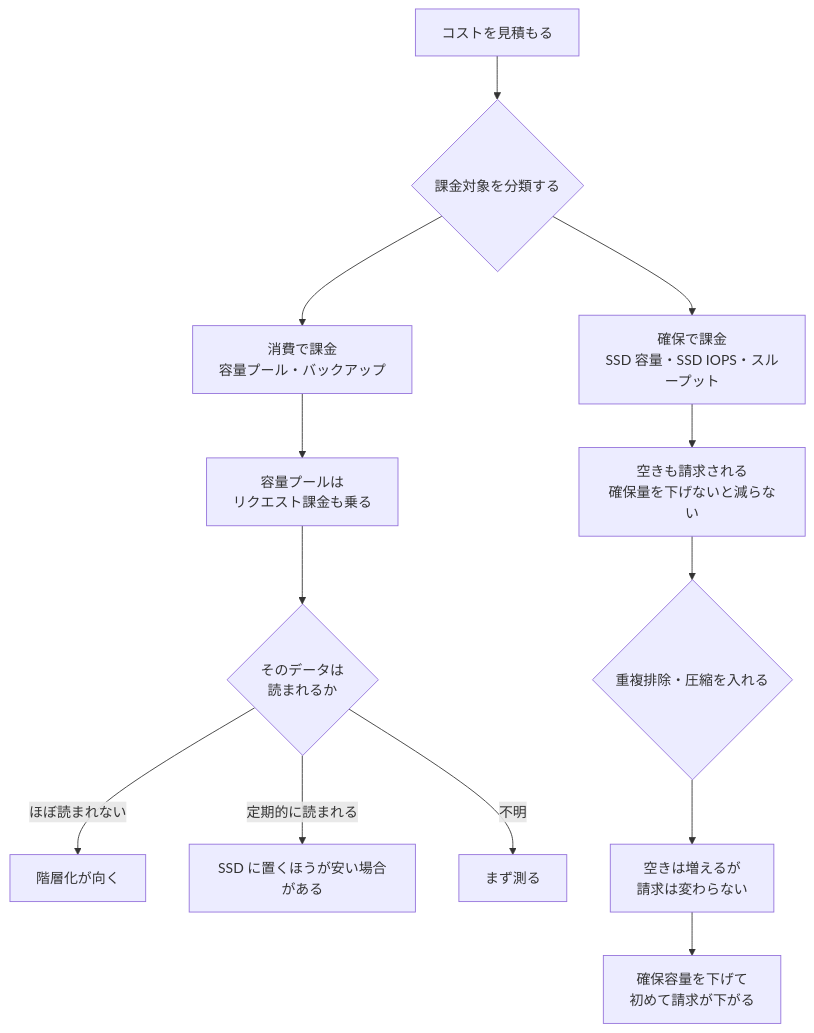
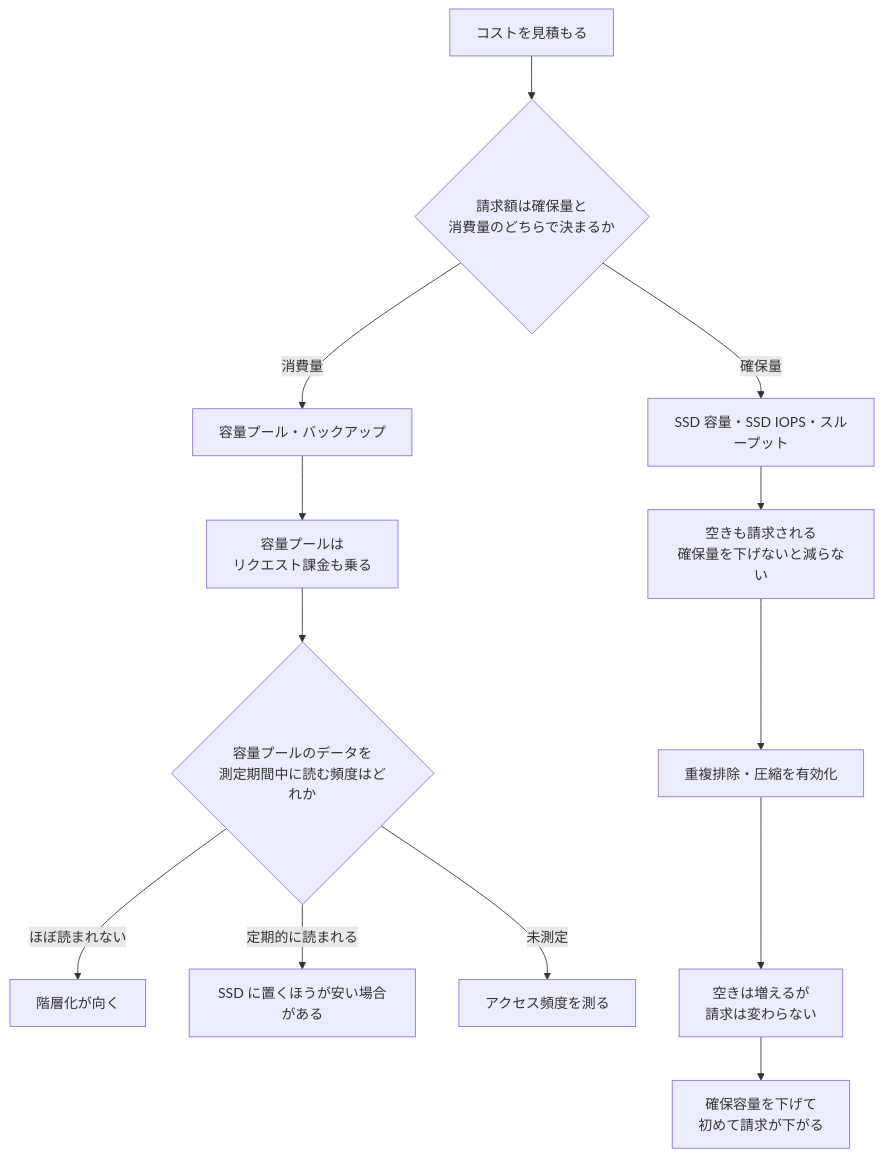
One commit to Yoshiki0705/FSx-for-ONTAP-Adoption-Playbook changed the diagram in docs/ja/domains/cost/notes/provisioned-versus-consumed.md. Above: the diagram before and after it, drawn with Mermaid. The commit also changed other lines of this file and 257 other files, not shown here.

````diff
--- a/docs/ja/domains/cost/notes/provisioned-versus-consumed.md
+++ b/docs/ja/domains/cost/notes/provisioned-versus-consumed.md
@@ -142,18 +160,18 @@
 ```mermaid
 graph TD
-    A[コストを見積もる] --> B{課金対象を分類する}
-    B --> P[確保で課金<br/>SSD 容量・SSD IOPS・スループット]
-    B --> C[消費で課金<br/>容量プール・バックアップ]
+    A[コストを見積もる] --> B{請求額は確保量と<br/>消費量のどちらで決まるか}
+    B -->|確保量| P[SSD 容量・SSD IOPS・スループット]
+    B -->|消費量| C[容量プール・バックアップ]
 
     P --> P1[空きも請求される<br/>確保量を下げないと減らない]
     C --> C1[容量プールは<br/>リクエスト課金も乗る]
 
-    C1 --> ACC{そのデータは<br/>読まれるか}
+    C1 --> ACC{容量プールのデータを<br/>測定期間中に読む頻度はどれか}
     ACC -->|ほぼ読まれない| TIER[階層化が向く]
     ACC -->|定期的に読まれる| STAY[SSD に置くほうが安い場合がある]
-    ACC -->|不明| MEASURE[まず測る]
+    ACC -->|未測定| MEASURE[アクセス頻度を測る]
 
-    P1 --> EFF{重複排除・圧縮を入れる}
+    P1 --> EFF[重複排除・圧縮を有効化]
     EFF --> EFF1[空きは増えるが<br/>請求は変わらない]
     EFF1 --> SHRINK[確保容量を下げて<br/>初めて請求が下がる]
 ```
````
